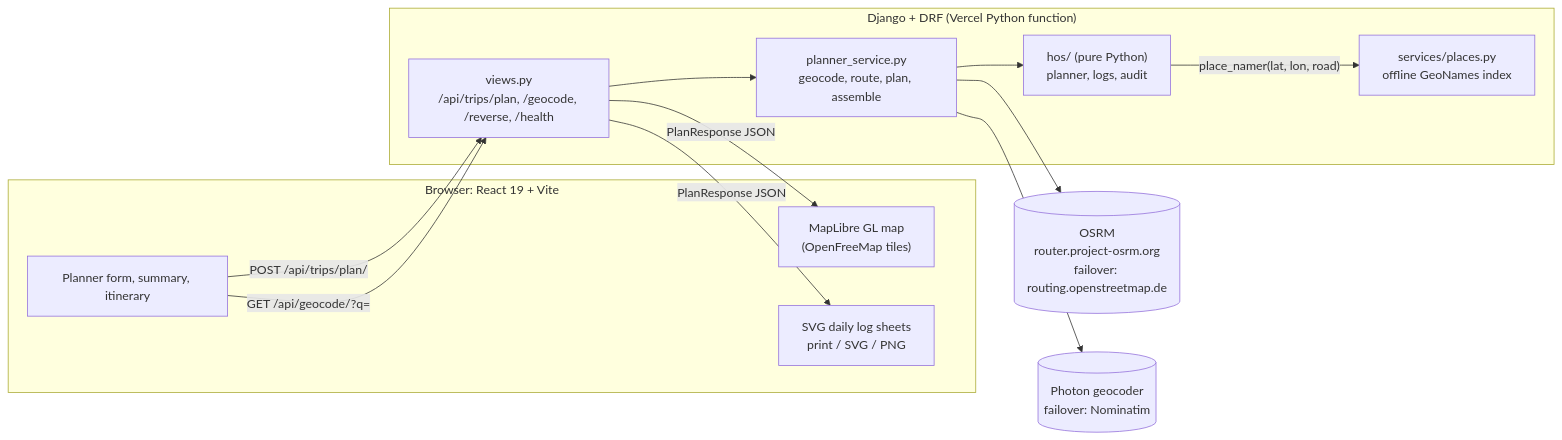
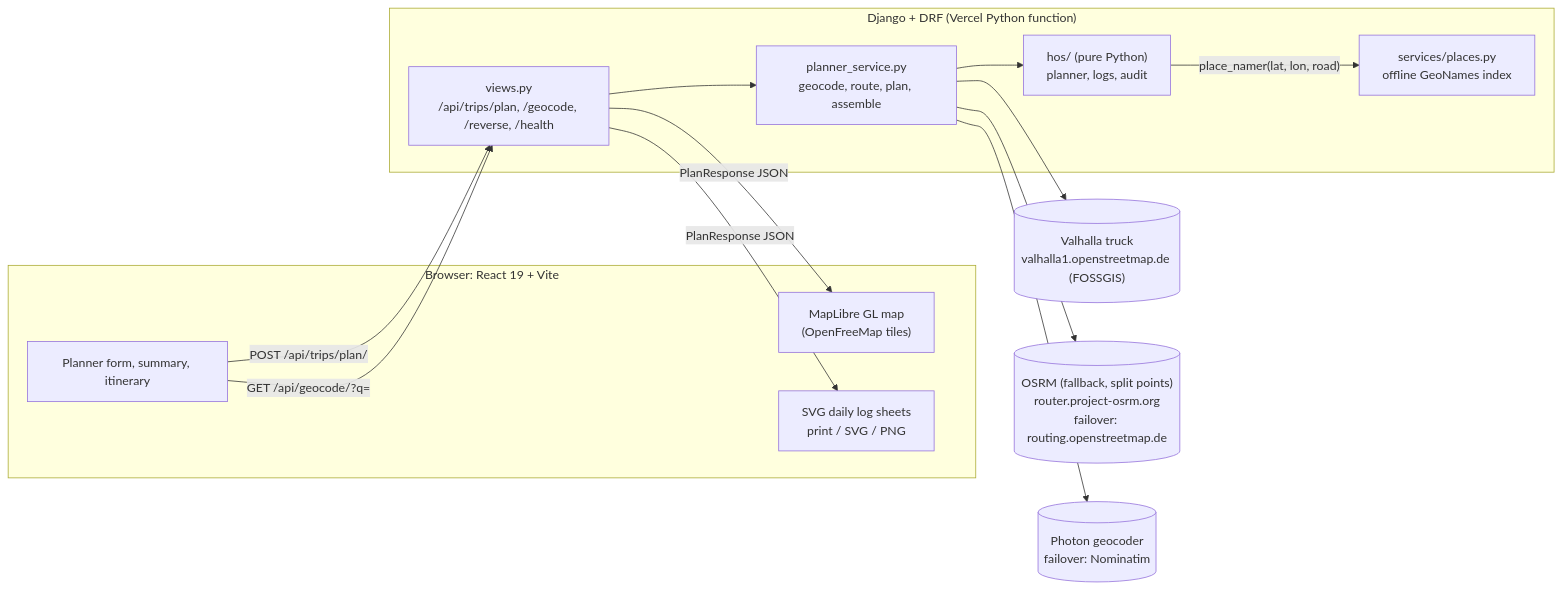
Before and after one commit to nakshatra-nahar/eld-trip-planner: the diagram in README.md, drawn with Mermaid. The commit also changed other lines of this file and 78 other files, not shown here.

First line of the commit message:
feat: truck routing, smarter restarts, local times and shareable plans

````diff
--- a/README.md
+++ b/README.md
@@ -98,28 +103,30 @@
 ```mermaid
 flowchart LR
   subgraph Browser["Browser: React 19 + Vite"]
     UI["Planner form, summary, itinerary"]
     MAP["MapLibre GL map<br/>(OpenFreeMap tiles)"]
     SVG["SVG daily log sheets<br/>print / SVG / PNG"]
   end
 
   subgraph API["Django + DRF (Vercel Python function)"]
     V["views.py<br/>/api/trips/plan, /geocode, /reverse, /health"]
     S["planner_service.py<br/>geocode, route, plan, assemble"]
     HOS["hos/ (pure Python)<br/>planner, logs, audit"]
     PL["services/places.py<br/>offline GeoNames index"]
   end
 
-  OSRM[("OSRM<br/>router.project-osrm.org<br/>failover: routing.openstreetmap.de")]
+  VAL[("Valhalla truck<br/>valhalla1.openstreetmap.de (FOSSGIS)")]
+  OSRM[("OSRM (fallback, split points)<br/>router.project-osrm.org<br/>failover: routing.openstreetmap.de")]
   PH[("Photon geocoder<br/>failover: Nominatim")]
 
   UI -- "POST /api/trips/plan/" --> V
   UI -- "GET /api/geocode/?q=" --> V
   V --> S
+  S --> VAL
   S --> OSRM
   S --> PH
   S --> HOS
   HOS -- "place_namer(lat, lon, road)" --> PL
   V -- "PlanResponse JSON" --> MAP
   V -- "PlanResponse JSON" --> SVG
 ```
````
